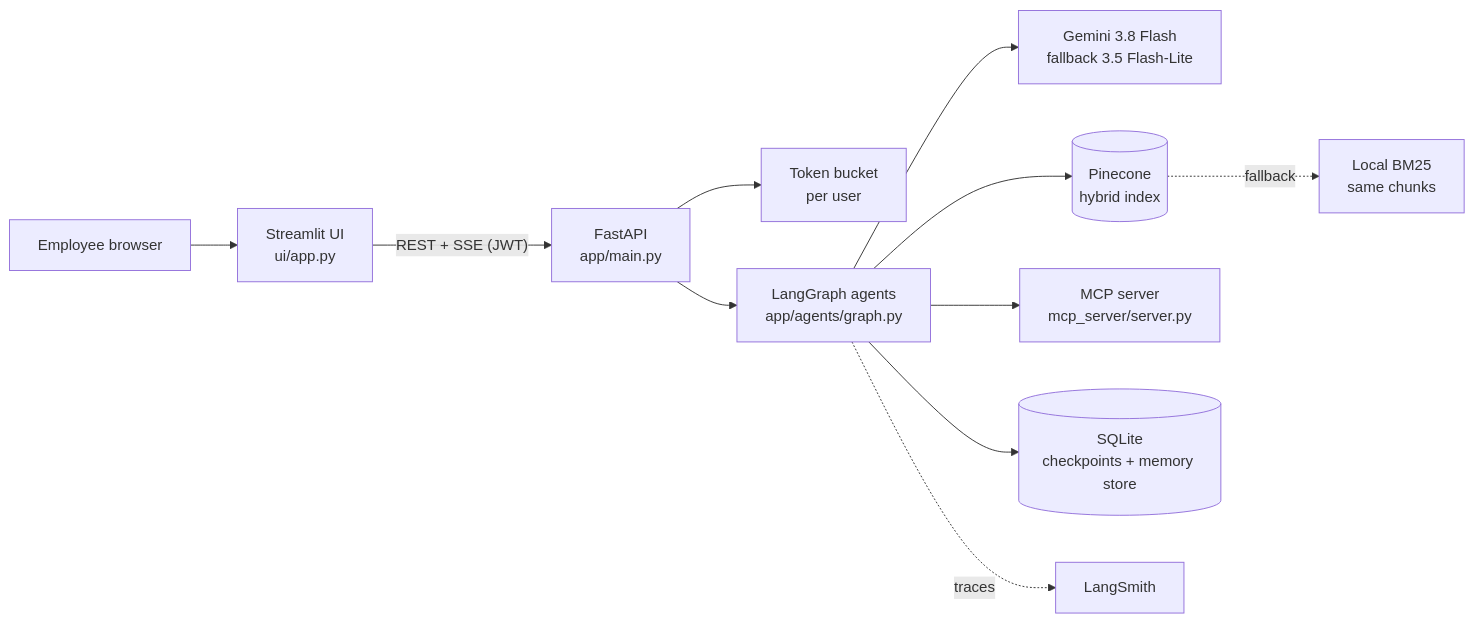
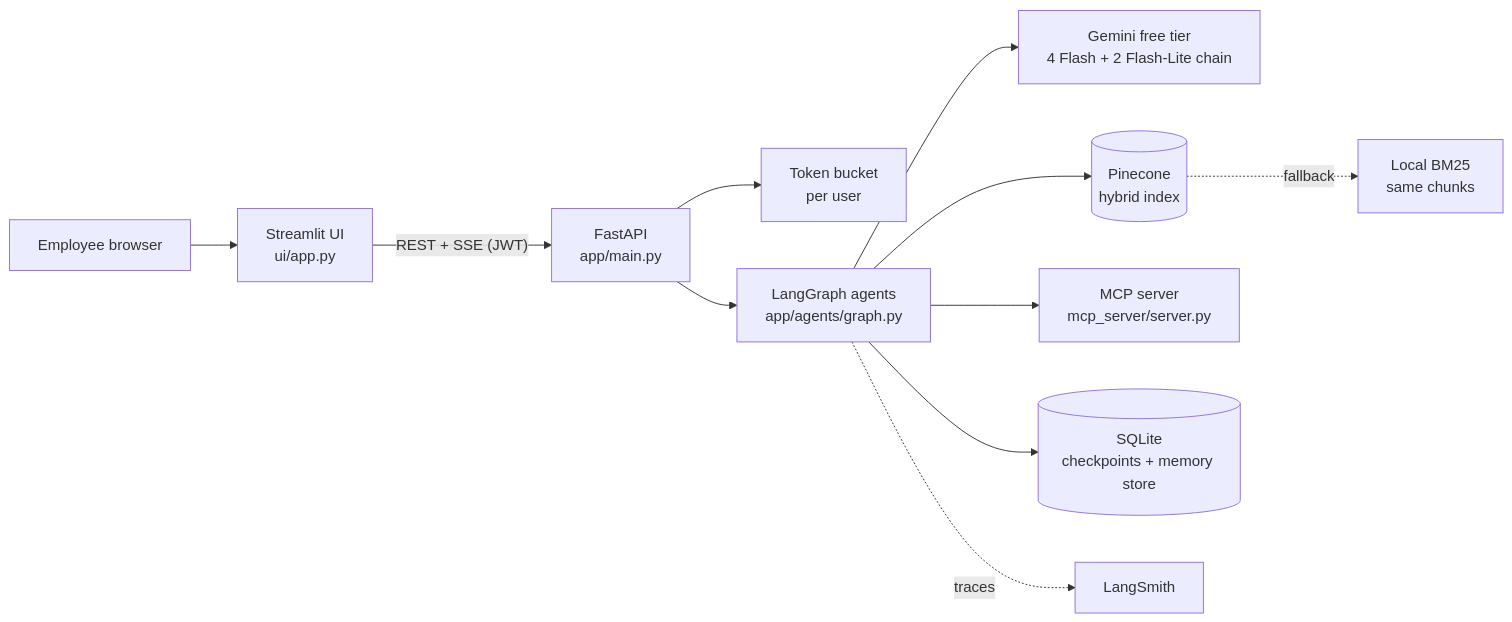
One commit to saditha93/ai_assistant changed the first of 3 diagrams in docs/architecture.md. Above: the diagram before and after it, drawn with Mermaid. The commit also changed other lines of this file and 2 other files, not shown here.

First line of the commit message:
docs: bring README, architecture and demo script up to date

````diff
--- a/docs/architecture.md
+++ b/docs/architecture.md
@@ -8,13 +8,13 @@
 ```mermaid
 flowchart LR
     U[Employee browser] --> UI[Streamlit UI<br/>ui/app.py]
     UI -- "REST + SSE (JWT)" --> API[FastAPI<br/>app/main.py]
     API --> RL[Token bucket<br/>per user]
     API --> G[LangGraph agents<br/>app/agents/graph.py]
-    G --> GEM[Gemini 3.8 Flash<br/>fallback 3.5 Flash-Lite]
+    G --> GEM[Gemini free tier<br/>4 Flash + 2 Flash-Lite chain]
     G --> PC[(Pinecone<br/>hybrid index)]
     G --> MCP[MCP server<br/>mcp_server/server.py]
     G --> SQL[(SQLite<br/>checkpoints + memory store)]
     G -. traces .-> LS[LangSmith]
     PC -. fallback .-> BM[Local BM25<br/>same chunks]
 ```
````
